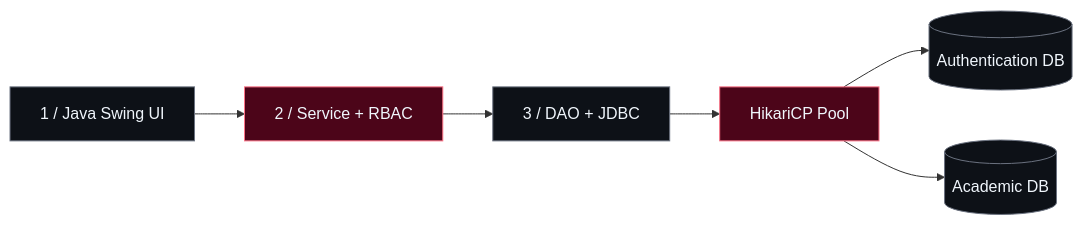
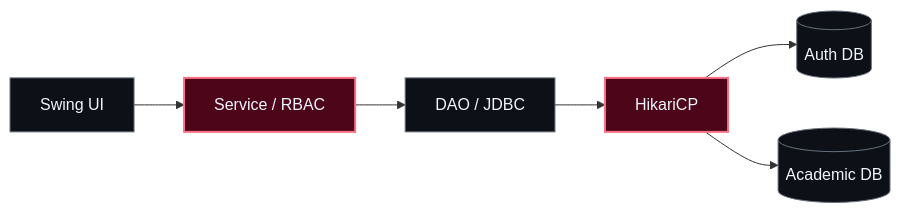
Before and after one commit to harsh24239/harsh24239: the second of 2 diagrams in README.md, drawn with Mermaid. The commit also changed other lines of this file, not shown here.

````diff
--- a/README.md
+++ b/README.md
@@ -138,12 +214,12 @@
 ```mermaid
 flowchart LR
-    UI["1 / Java Swing UI"] --> SERVICE["2 / Service + RBAC"]
-    SERVICE --> DAO["3 / DAO + JDBC"]
-    DAO --> POOL["HikariCP Pool"]
-    POOL --> AUTH[("Authentication DB")]
+    UI["Swing UI"] --> SERVICE["Service / RBAC"]
+    SERVICE --> DAO["DAO / JDBC"]
+    DAO --> POOL["HikariCP"]
+    POOL --> AUTH[("Auth DB")]
     POOL --> ERP[("Academic DB")]
-    classDef accent fill:#4C0519,stroke:#FB7185,color:#F0F6FC;
-    classDef base fill:#0D1117,stroke:#6B7280,color:#F0F6FC;
-    class SERVICE,POOL accent;
-    class UI,DAO,AUTH,ERP base;
+    classDef ruby fill:#4C0519,stroke:#FB7185,color:#F0F6FC,stroke-width:2px;
+    classDef graphite fill:#0D1117,stroke:#67707D,color:#F0F6FC;
+    class SERVICE,POOL ruby;
+    class UI,DAO,AUTH,ERP graphite;
 ```
````
